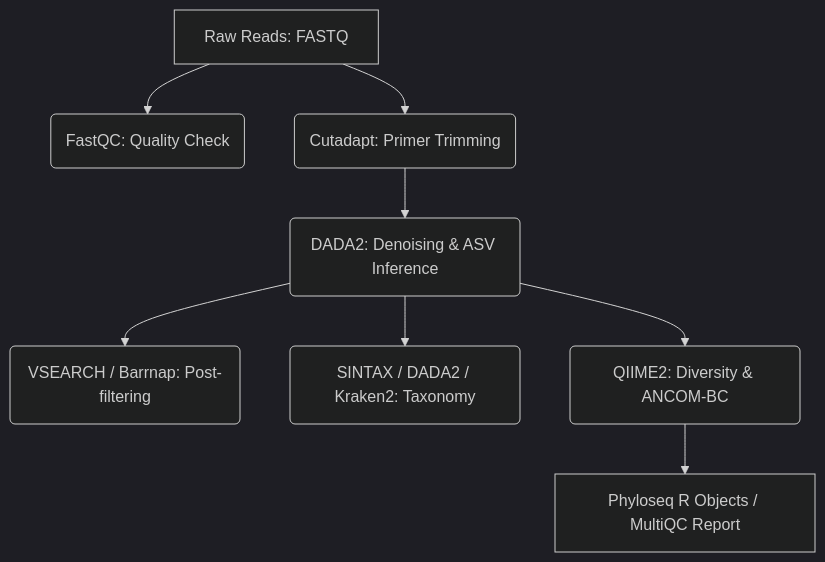
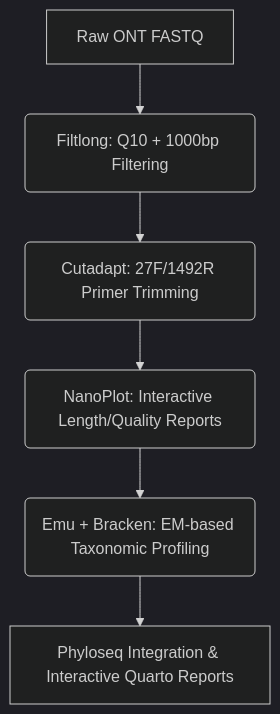
The diagram in README.md (huyha1314/suran_16S), drawn with Mermaid (dark theme) before and after one commit. The commit also changed other lines of this file and 58 other files, not shown here.

````diff
--- a/README.md
+++ b/README.md
@@ -21,10 +58,8 @@
 ```mermaid
 graph TD
-    A[Raw Reads: FASTQ] --> B(FastQC: Quality Check)
-    A --> C(Cutadapt: Primer Trimming)
-    C --> D(DADA2: Denoising & ASV Inference)
-    D --> E(VSEARCH / Barrnap: Post-filtering)
-    D --> F(SINTAX / DADA2 / Kraken2: Taxonomy)
-    D --> G(QIIME2: Diversity & ANCOM-BC)
-    G --> H[Phyloseq R Objects / MultiQC Report]
+    A[Raw ONT FASTQ] --> B(Filtlong: Q10 + 1000bp Filtering)
+    B --> C(Cutadapt: 27F/1492R Primer Trimming)
+    C --> D(NanoPlot: Interactive Length/Quality Reports)
+    D --> E(Emu + Bracken: EM-based Taxonomic Profiling)
+    E --> F[Phyloseq Integration & Interactive Quarto Reports]
 ```
````
